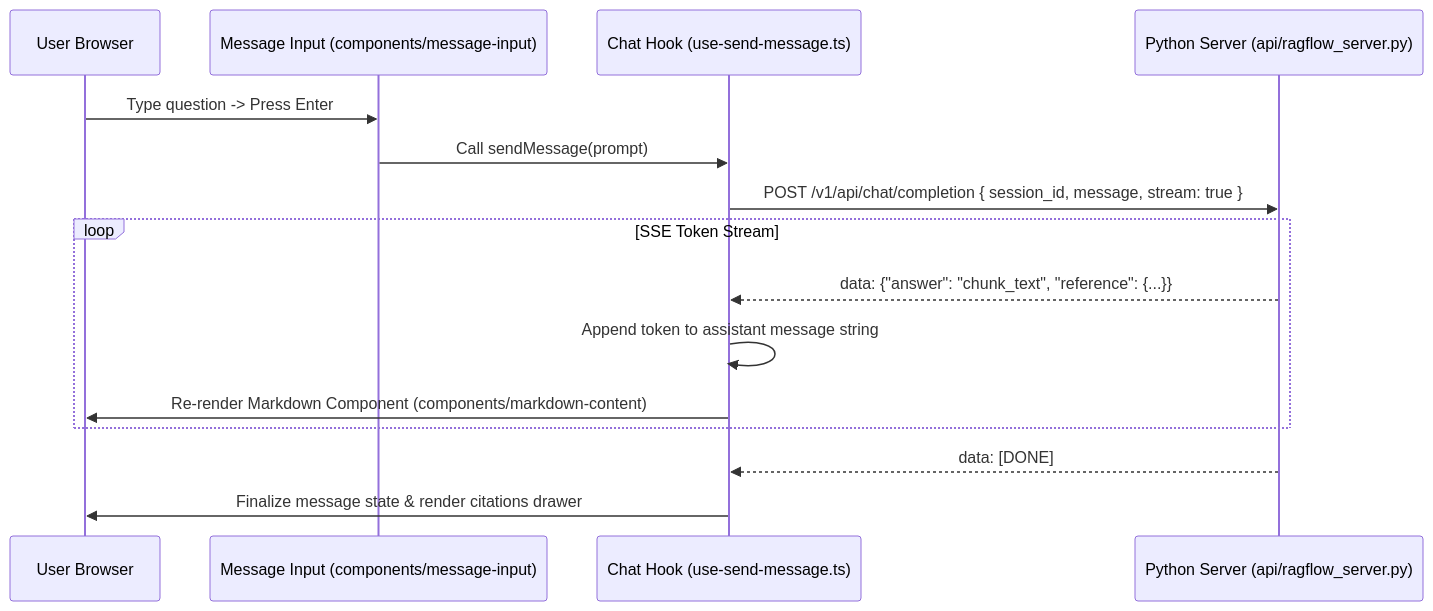
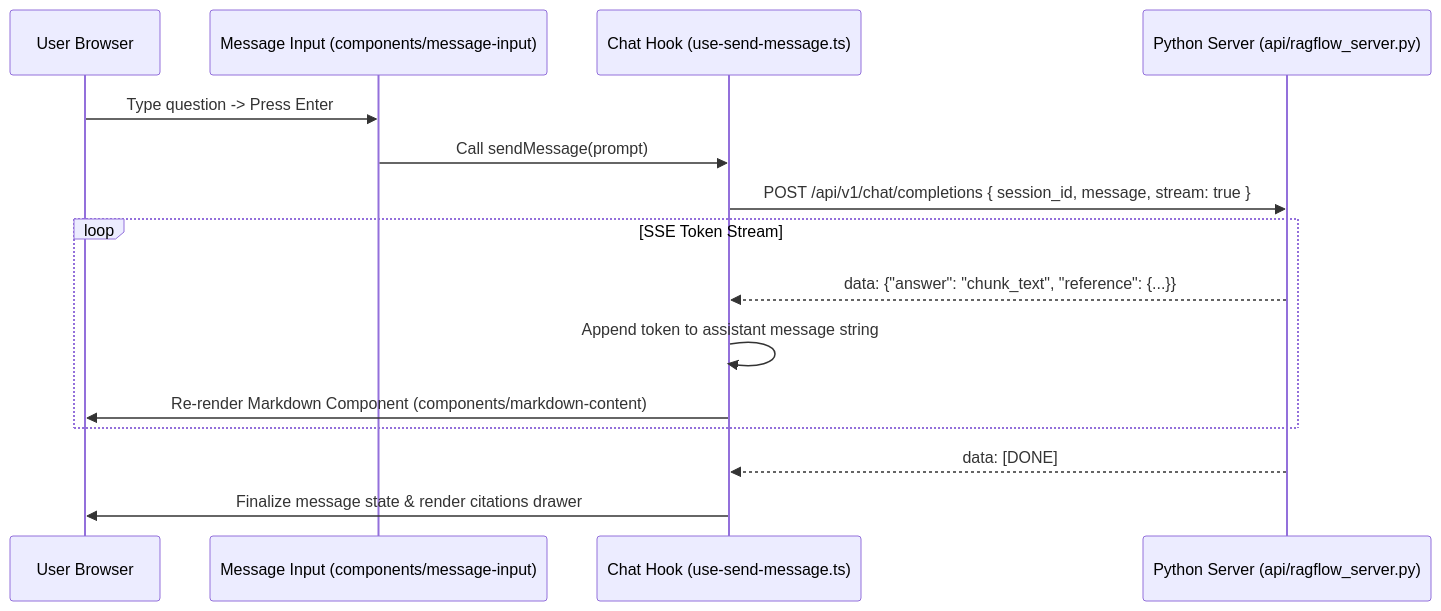
The second of 2 diagrams in ragflow-docs/02-frontend/frontend-data-flow.md (6sLOGAN78/devRAG), drawn with Mermaid before and after one commit. The commit also changed other lines of this file and 35 other files, not shown here.

````diff
--- a/ragflow-docs/02-frontend/frontend-data-flow.md
+++ b/ragflow-docs/02-frontend/frontend-data-flow.md
@@ -33,20 +33,20 @@
 ```mermaid
 sequenceDiagram
     participant User as User Browser
     participant ChatInput as Message Input (components/message-input)
     participant ChatHook as Chat Hook (use-send-message.ts)
     participant PyServer as Python Server (api/ragflow_server.py)
 
     User->>ChatInput: Type question -> Press Enter
     ChatInput->>ChatHook: Call sendMessage(prompt)
-    ChatHook->>PyServer: POST /v1/api/chat/completion { session_id, message, stream: true }
+    ChatHook->>PyServer: POST /api/v1/chat/completions { session_id, message, stream: true }
     
     loop SSE Token Stream
         PyServer-->>ChatHook: data: {"answer": "chunk_text", "reference": {...}}
         ChatHook->>ChatHook: Append token to assistant message string
         ChatHook->>User: Re-render Markdown Component (components/markdown-content)
     end
 
     PyServer-->>ChatHook: data: [DONE]
     ChatHook->>User: Finalize message state & render citations drawer
 ```
````
